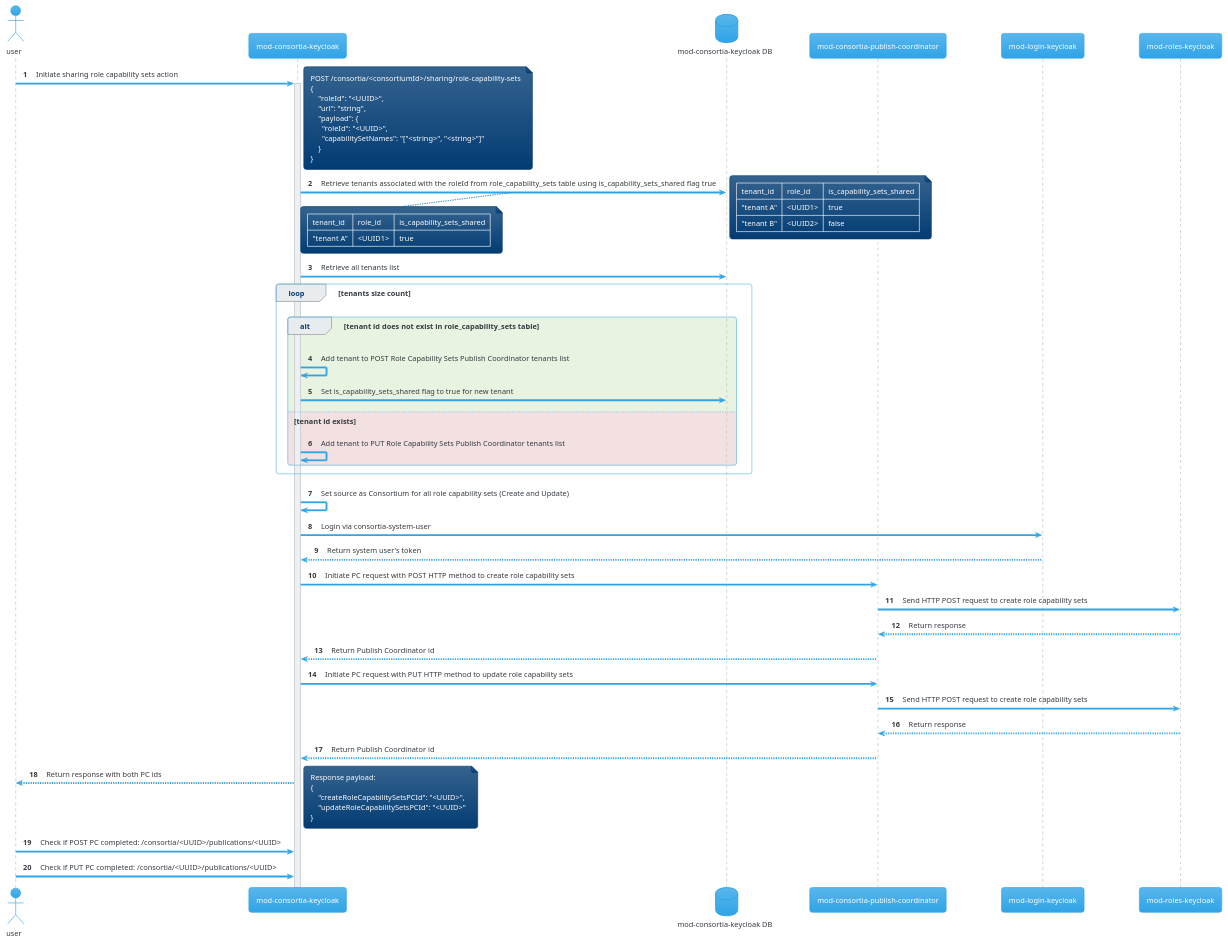
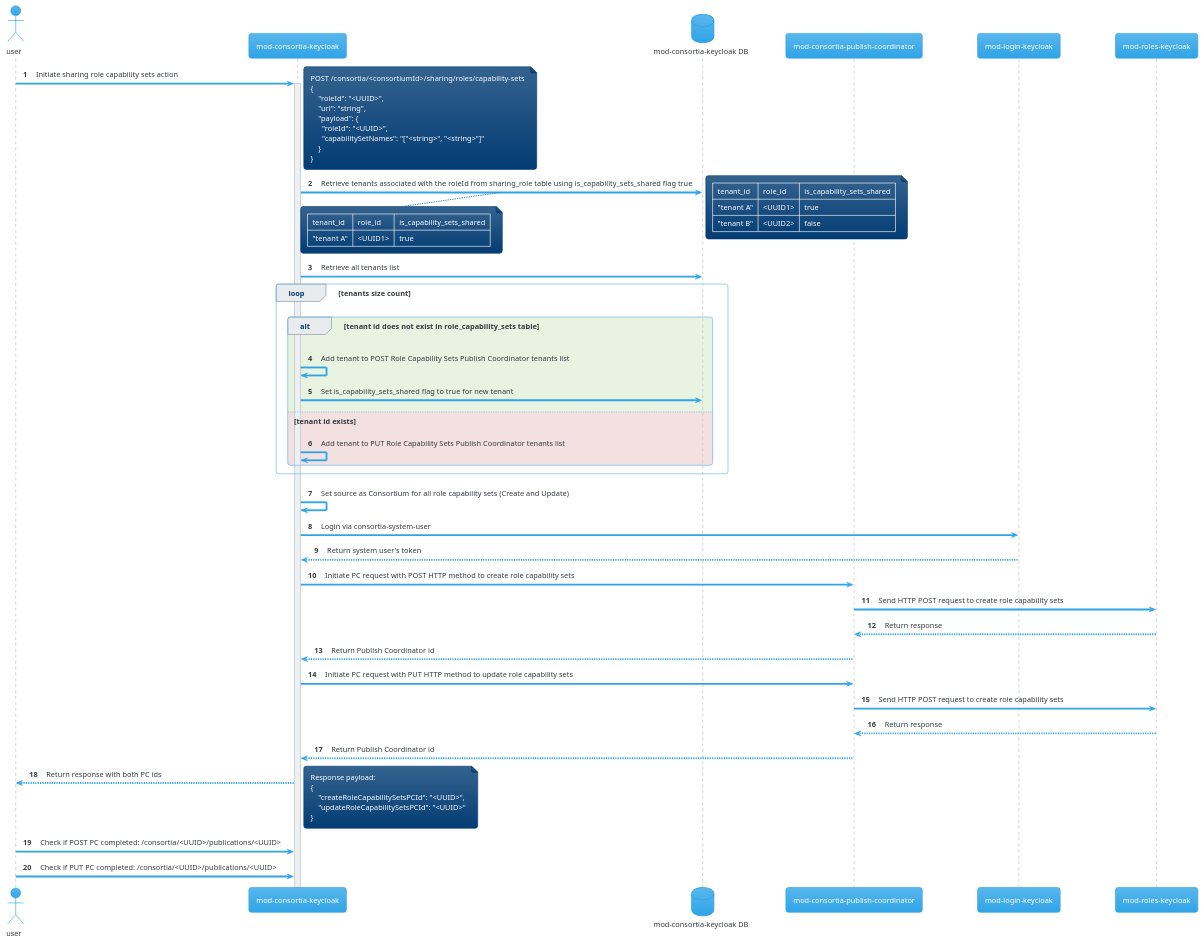
Before and after one commit to folio-org/mod-consortia-keycloak: the diagram in docs/sharing-feature-sequence-dagram/sharing-role-cabalities-capablity-set-start.puml, drawn with PlantUML. The commit also changed 34 other files, not shown here.

First line of the commit message:
[MODCONSKC-21] - Implement sharing of role capabilities (#87)

```diff
--- a/docs/sharing-feature-sequence-dagram/sharing-role-cabalities-capablity-set-start.puml
+++ b/docs/sharing-feature-sequence-dagram/sharing-role-cabalities-capablity-set-start.puml
@@ -1,78 +1,78 @@
 @startuml
 
 !pragma teoz true
 !theme cerulean
 
 autonumber
 
 actor "user" as user
 
 participant "mod-consortia-keycloak" as mck
 database "mod-consortia-keycloak DB" as mck_db
 participant "mod-consortia-publish-coordinator" as mc_pc
 participant "mod-login-keycloak" as ml
 participant "mod-roles-keycloak" as mrk
 
 user -> mck: Initiate sharing role capability sets action
 note right
-POST /consortia/<consortiumId>/sharing/role-capability-sets
+POST /consortia/<consortiumId>/sharing/roles/capability-sets
 {
     "roleId": "<UUID>",
     "url": "string",
     "payload": {
       "roleId": "<UUID>",
       "capabilitySetNames": "["<string>", "<string>"]"
     }
 }
 end note
 activate mck
 
-mck -> mck_db: Retrieve tenants associated with the roleId from role_capability_sets table using is_capability_sets_shared flag true
+mck -> mck_db: Retrieve tenants associated with the roleId from sharing_role table using is_capability_sets_shared flag true
 note bottom
 | tenant_id | role_id | is_capability_sets_shared |
 | "tenant A" | <UUID1> | true |
 end note
 note right
 | tenant_id | role_id | is_capability_sets_shared |
 | "tenant A" | <UUID1> | true |
 | "tenant B" | <UUID2> | false |
 end note
 mck -> mck_db: Retrieve all tenants list
 
 loop tenants size count
     alt #E8F3E1 tenant id does not exist in role_capability_sets table
         mck -> mck: Add tenant to POST Role Capability Sets Publish Coordinator tenants list
         mck -> mck_db: Set is_capability_sets_shared flag to true for new tenant
     else #F3E1E2 tenant id exists
         mck -> mck: Add tenant to PUT Role Capability Sets Publish Coordinator tenants list
     end
 end
 
 mck -> mck: Set source as Consortium for all role capability sets (Create and Update)
 
 mck -> ml: Login via consortia-system-user
 ml --> mck: Return system user's token
 
 mck -> mc_pc: Initiate PC request with POST HTTP method to create role capability sets
 mc_pc -> mrk: Send HTTP POST request to create role capability sets
 mrk --> mc_pc: Return response
 mc_pc --> mck: Return Publish Coordinator id
 
 mck -> mc_pc: Initiate PC request with PUT HTTP method to update role capability sets
 mc_pc -> mrk: Send HTTP POST request to create role capability sets
 mrk --> mc_pc: Return response
 mc_pc --> mck: Return Publish Coordinator id
 
 mck --> user: Return response with both PC ids
 note right
 Response payload:
 {
     "createRoleCapabilitySetsPCId": "<UUID>",
     "updateRoleCapabilitySetsPCId": "<UUID>"
 }
 end note
 
 user -> mck: Check if POST PC completed: /consortia/<UUID>/publications/<UUID>
 user -> mck: Check if PUT PC completed: /consortia/<UUID>/publications/<UUID>
 
 @enduml
```
